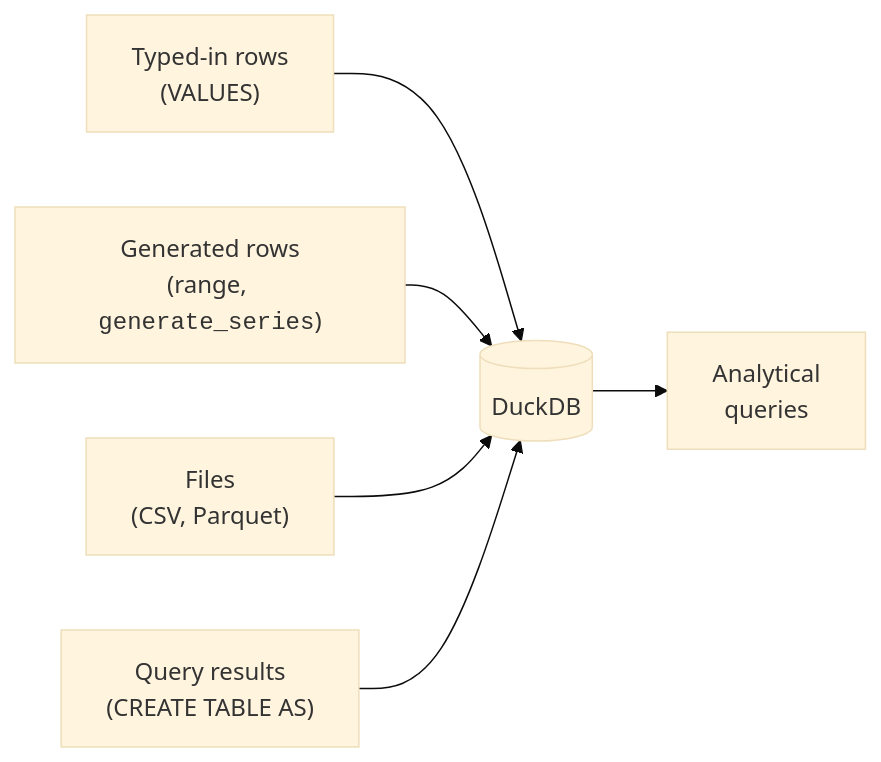
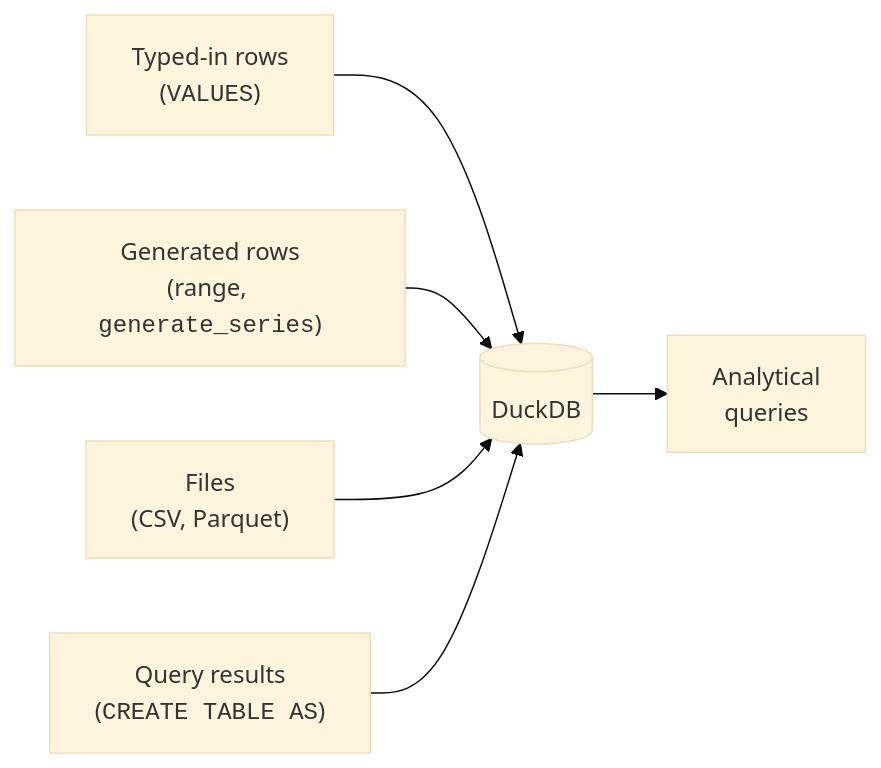
One commit to dataslope/dataslope changed the first of 2 diagrams in content/courses/sql-analytics-duckdb/loading-and-generating-data.mdx. Above: the diagram before and after it, drawn with Mermaid (base theme). The commit also changed 52 other files, not shown here.

First line of the commit message:
Set SQL keywords in mermaid labels as code, and 10 more breakdowns

````diff
--- a/content/courses/sql-analytics-duckdb/loading-and-generating-data.mdx
+++ b/content/courses/sql-analytics-duckdb/loading-and-generating-data.mdx
@@ -19,8 +19,8 @@
 ```mermaid
 flowchart LR
-    A["Typed-in rows<br/>(VALUES)"] --> DB[("DuckDB")]
+    A["Typed-in rows<br/>(<code>VALUES</code>)"] --> DB[("DuckDB")]
     B["Generated rows<br/>(range, <code>generate_series</code>)"] --> DB
     C["Files<br/>(CSV, Parquet)"] --> DB
-    D["Query results<br/>(CREATE TABLE AS)"] --> DB
+    D["Query results<br/>(<code>CREATE TABLE AS</code>)"] --> DB
     DB --> Q["Analytical<br/>queries"]
 ```
````
